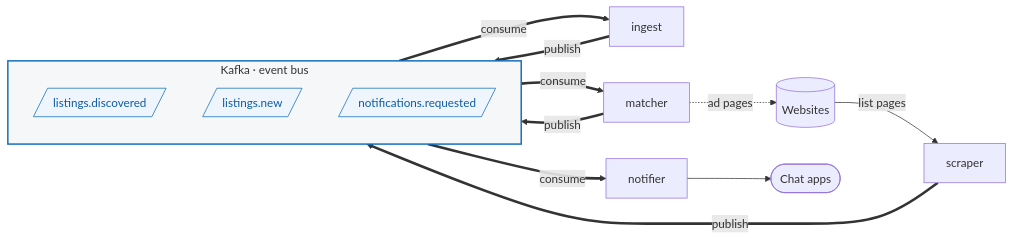
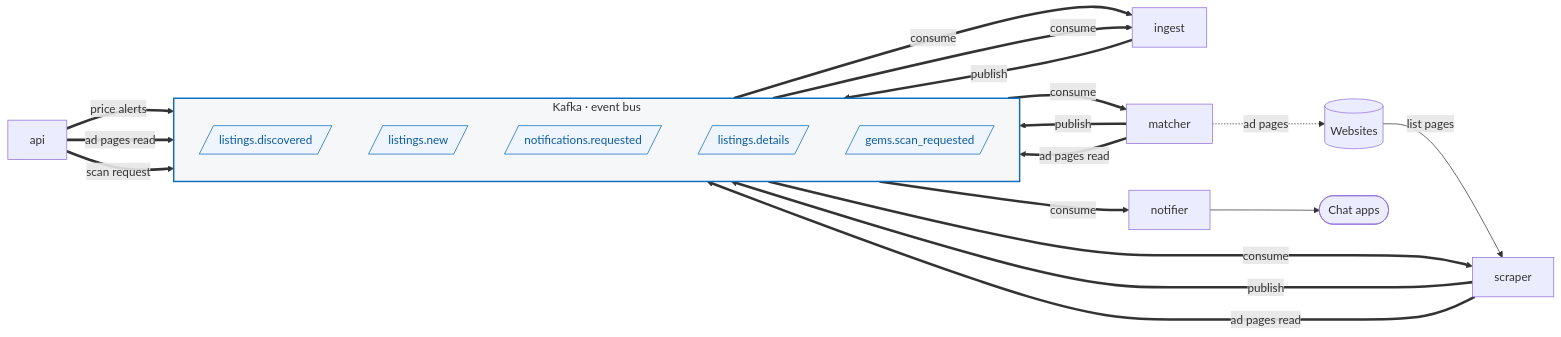
One commit to A1nar-S/ad-monitor changed the first of 6 diagrams in docs/architecture.md. Above: the diagram before and after it, drawn with Mermaid. The commit also changed other lines of this file and 69 other files, not shown here.

````diff
--- a/docs/architecture.md
+++ b/docs/architecture.md
@@ -10,32 +12,40 @@
 ```mermaid
 flowchart LR
     sites[(Websites)]
     chat([Chat apps])
 
     scraper
 
     subgraph bus["Kafka · event bus"]
         direction TB
         t1[/"listings.discovered"/]
         t2[/"listings.new"/]
         t3[/"notifications.requested"/]
+        t4[/"listings.details"/]
+        t5[/"gems.scan_requested"/]
     end
 
     ingest
     matcher
     notifier
+    api
 
     sites -->|list pages| scraper
     scraper ==>|publish| t1
     t1 ==>|consume| ingest
     ingest ==>|publish| t2
     t2 ==>|consume| matcher
     matcher ==>|publish| t3
+    api ==>|price alerts| t3
     t3 ==>|consume| notifier
     notifier --> chat
     matcher -.->|ad pages| sites
+    matcher & api & scraper ==>|ad pages read| t4
+    t4 ==>|consume| ingest
+    api ==>|scan request| t5
+    t5 ==>|consume| scraper
 
     classDef topic fill:#eef5fd,stroke:#0f6cbd,color:#0c5ba1
-    class t1,t2,t3 topic
+    class t1,t2,t3,t4,t5 topic
     style bus fill:#f6f7f9,stroke:#0f6cbd,stroke-width:2px
 ```
````
